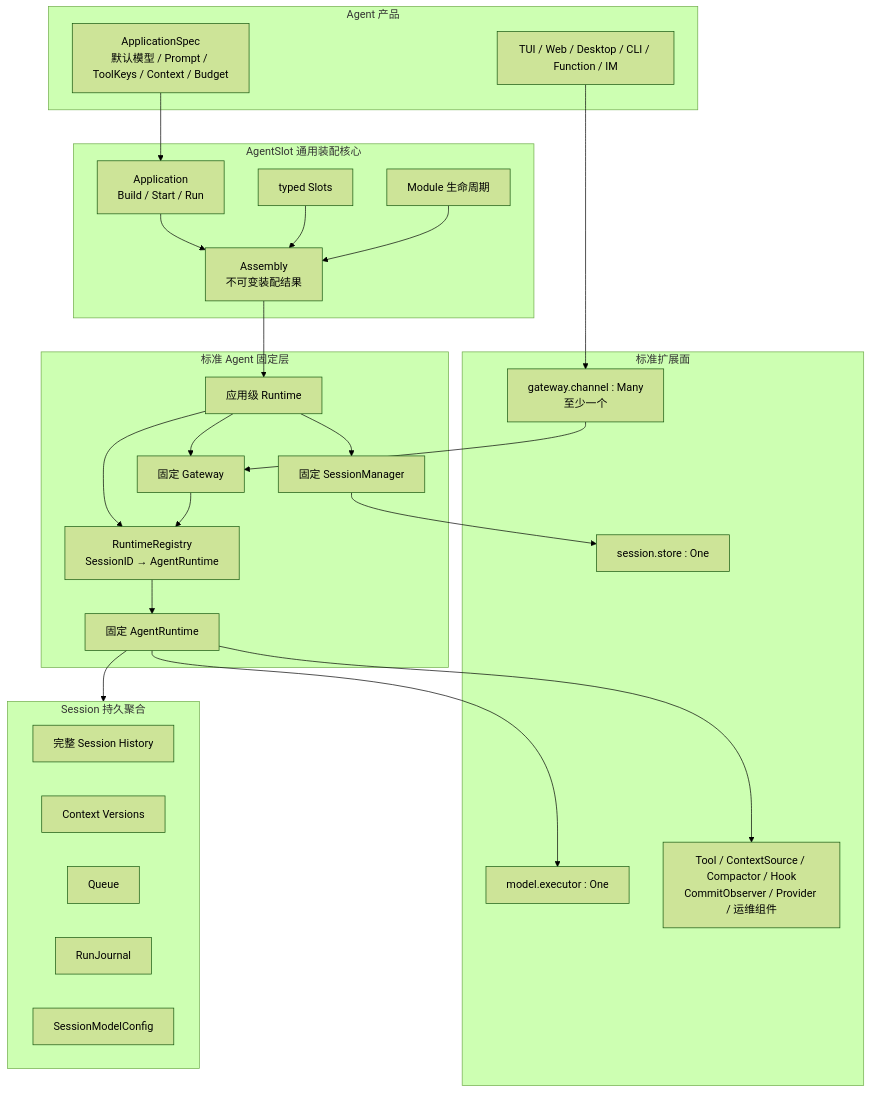
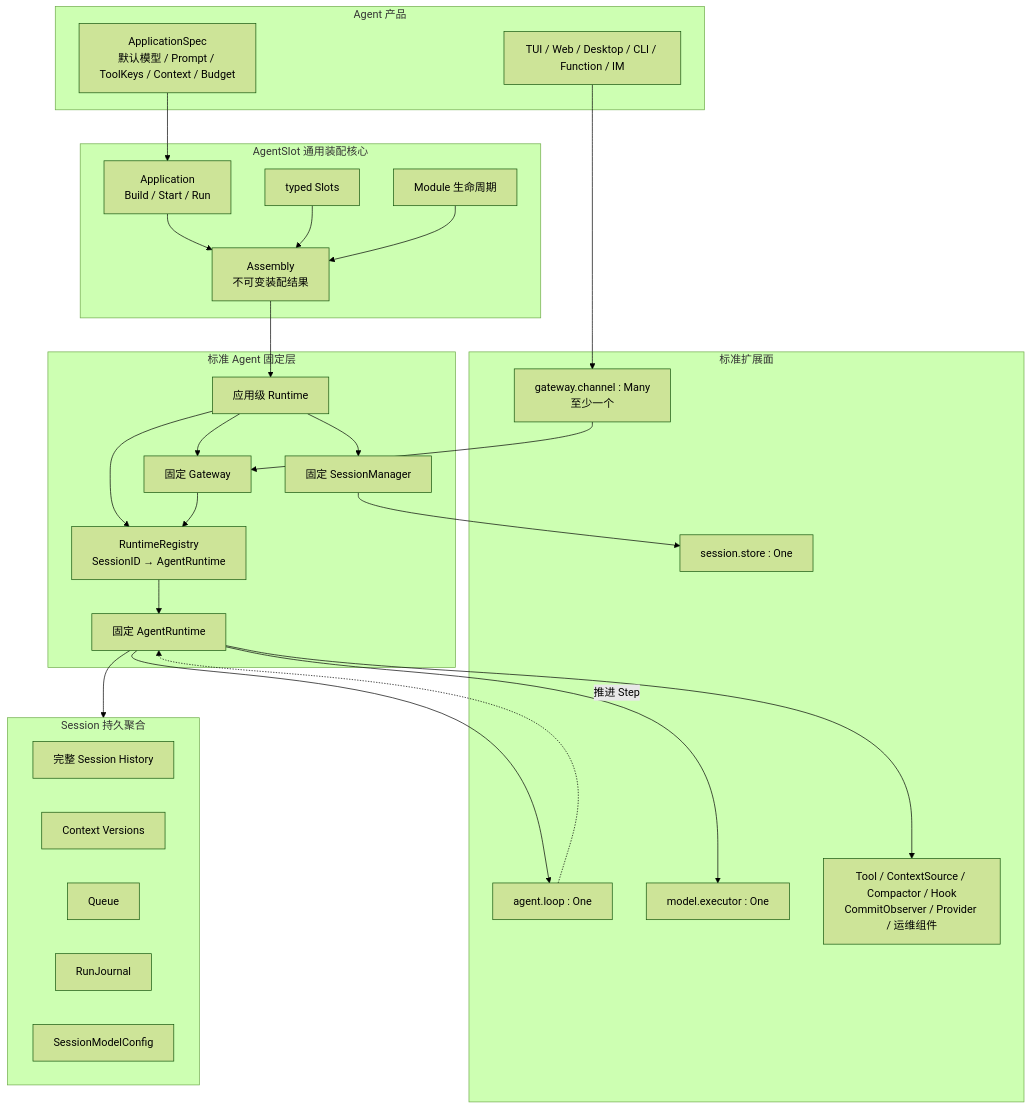
Before and after one commit to LyleLiu666/agentSlot: the diagram in docs/agent-framework-architecture.zh-CN.md, drawn with Mermaid (forest theme). The commit also changed other lines of this file and 13 other files, not shown here.

````diff
--- a/docs/agent-framework-architecture.zh-CN.md
+++ b/docs/agent-framework-architecture.zh-CN.md
@@ -19,46 +19,49 @@
 ```mermaid
 flowchart TB
     subgraph Product["Agent 产品"]
         SPEC["ApplicationSpec\n默认模型 / Prompt / ToolKeys / Context / Budget"]
         UI["TUI / Web / Desktop / CLI / Function / IM"]
     end
     subgraph Core["AgentSlot 通用装配核心"]
         APP["Application\nBuild / Start / Run"]
         ASM["Assembly\n不可变装配结果"]
         SLOT["typed Slots"]
         MOD["Module 生命周期"]
     end
     subgraph Fixed["标准 Agent 固定层"]
         AR["应用级 Runtime"]
         REG["RuntimeRegistry\nSessionID → AgentRuntime"]
         SM["固定 SessionManager"]
         GW["固定 Gateway"]
         RT["固定 AgentRuntime"]
     end
     subgraph Replaceable["标准扩展面"]
+        LOOP["agent.loop : One"]
         SS["session.store : One"]
         ME["model.executor : One"]
         CH["gateway.channel : Many\n至少一个"]
         OPTIONAL["Tool / ContextSource / Compactor / Hook\nCommitObserver / Provider / 运维组件"]
     end
     subgraph Session["Session 持久聚合"]
         HIST["完整 Session History"]
         CTX["Context Versions"]
         QUEUE["Queue"]
         JOURNAL["RunJournal"]
         MODEL["SessionModelConfig"]
     end
     SPEC --> APP --> ASM --> AR
     SLOT --> ASM
     MOD --> ASM
     AR --> REG
     AR --> SM
     AR --> GW
     SM --> SS
     REG --> RT
+    RT --> LOOP
+    LOOP -. "推进 Step" .-> RT
     RT --> Session
     RT --> ME
     RT --> OPTIONAL
     UI --> CH --> GW
     GW --> REG
 ```
````
